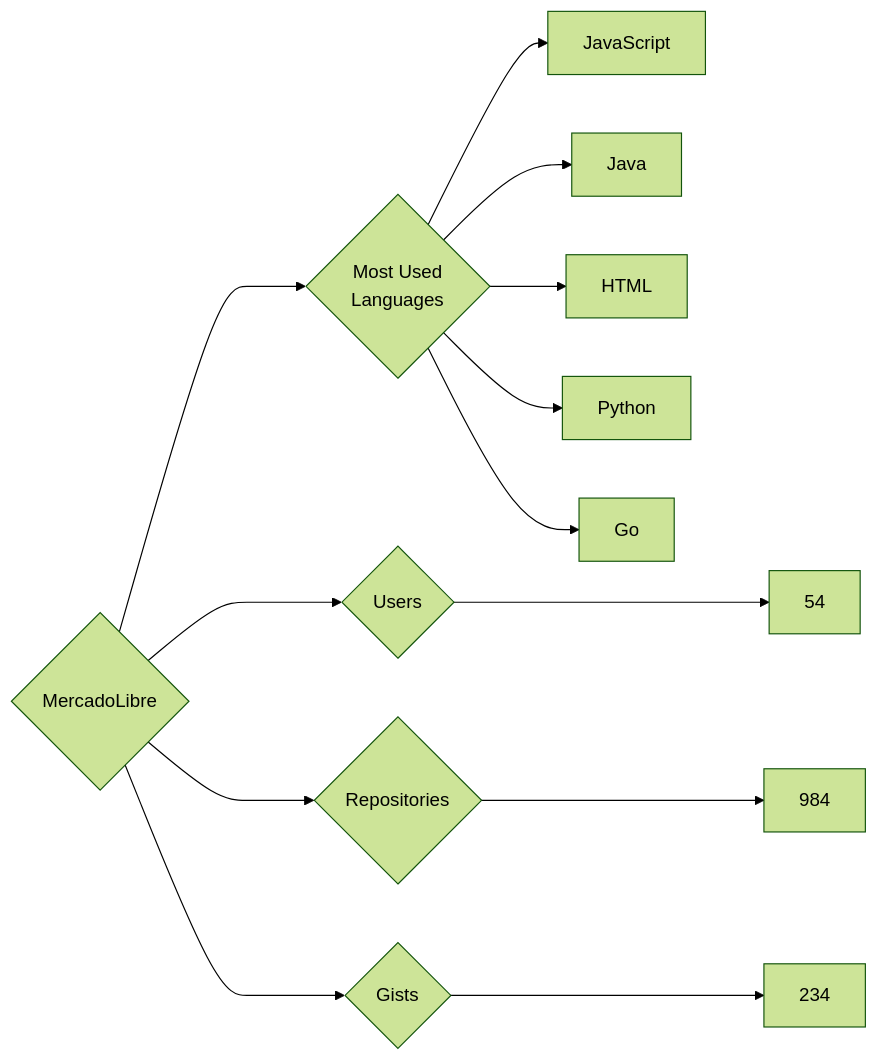
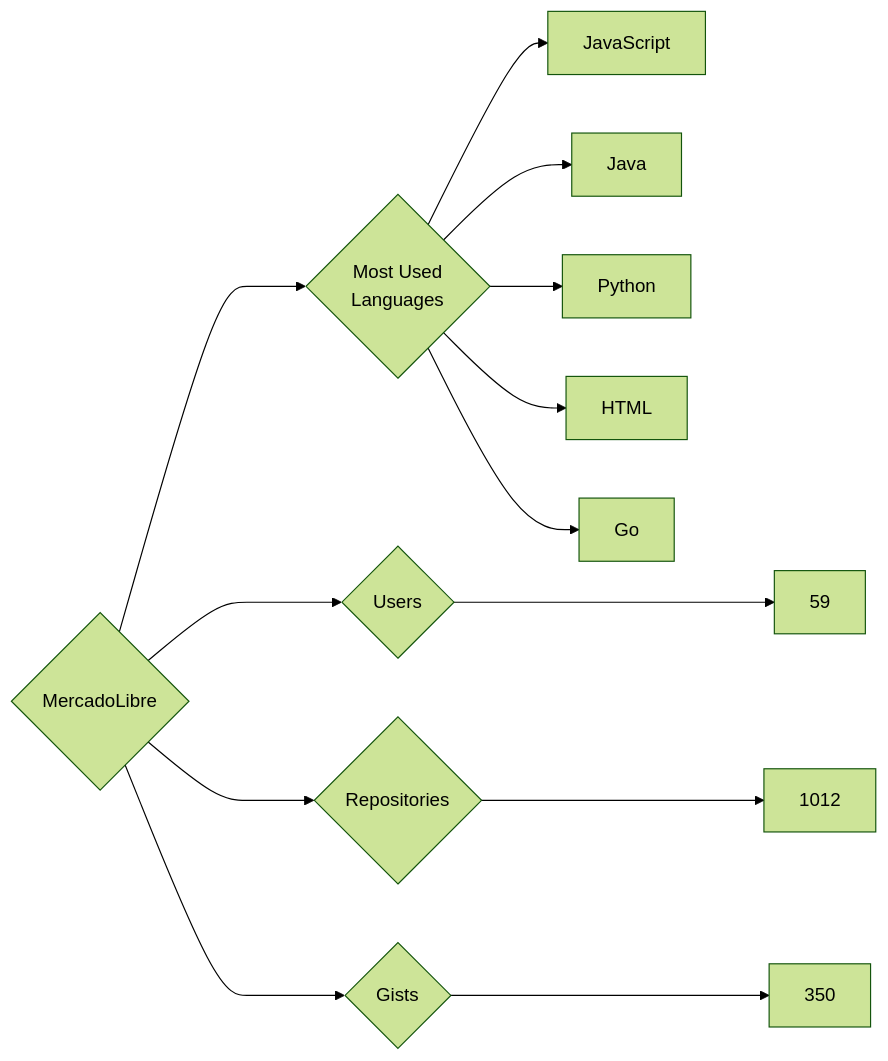
The diagram in targets/MercadoLibre/README.md (trickest/insiders), drawn with Mermaid (forest theme) before and after one commit. The commit also changed 870 other files, not shown here.

````diff
--- a/targets/MercadoLibre/README.md
+++ b/targets/MercadoLibre/README.md
@@ -3,13 +3,13 @@
 ```mermaid
 graph LR
 COMPANY_NAME{MercadoLibre}
-COMPANY_NAME ---> U{Users} ---> UN[54]
-COMPANY_NAME ---> R{Repositories} ---> RN[984]
-COMPANY_NAME ---> G{Gists} ---> GN[234]
+COMPANY_NAME ---> U{Users} ---> UN[59]
+COMPANY_NAME ---> R{Repositories} ---> RN[1012]
+COMPANY_NAME ---> G{Gists} ---> GN[350]
 COMPANY_NAME ---> ML{Most Used<br>Languages}
 ML --> JavaScript[JavaScript]
 ML --> Java[Java]
+ML --> Python[Python]
 ML --> HTML[HTML]
-ML --> Python[Python]
 ML --> Go[Go]
 ```
````
